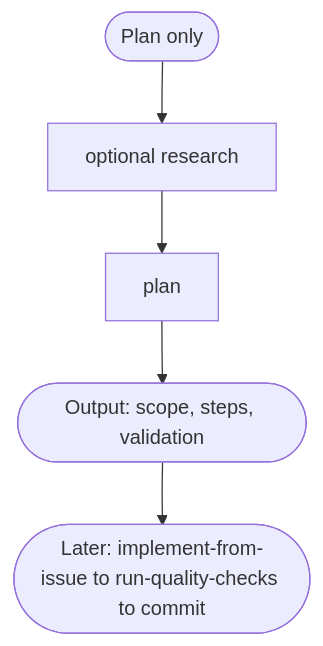
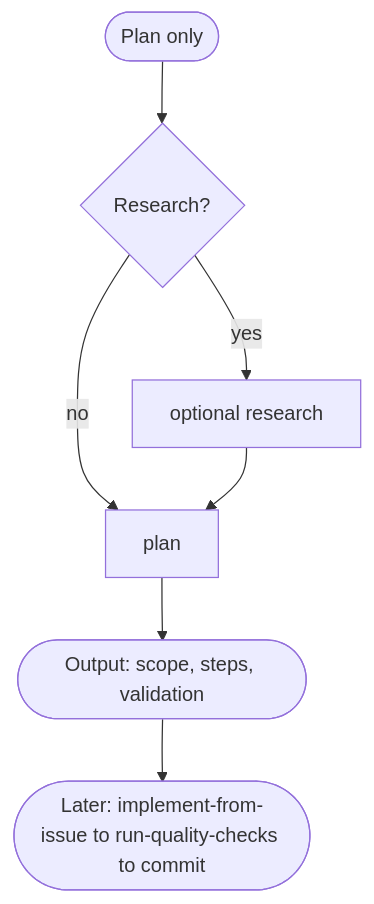
One commit to kalvi-ai/kalvi-library-template changed the third of 3 diagrams in docs/agentic-workflow.md. Above: the diagram before and after it, drawn with Mermaid.

Commit message:
docs: make research and plan optional in workflow flowcharts
- Section 2: add "Research / plan?" decision so triage (ready) can go
  straight to implement-from-issue when research/plan are skipped.
- Section 3: add "Research?" decision and define Plan node once;
  both paths (research→plan and no→plan) converge on single Plan node.

````diff
--- a/docs/agentic-workflow.md
+++ b/docs/agentic-workflow.md
@@ -62,7 +62,9 @@
 ```mermaid
 flowchart TD
-  Start([Plan only]) --> Research[optional research]
-  Research --> Plan[plan]
-  Plan --> Out([Output: scope, steps, validation])
+  Start([Plan only]) --> NeedResearch{Research?}
+  NeedResearch -->|yes| Research[optional research]
+  NeedResearch -->|no| Plan
+  Research --> Plan
+  Plan[plan] --> Out([Output: scope, steps, validation])
   Out --> Later([Later: implement-from-issue to run-quality-checks to commit])
 ```
````
